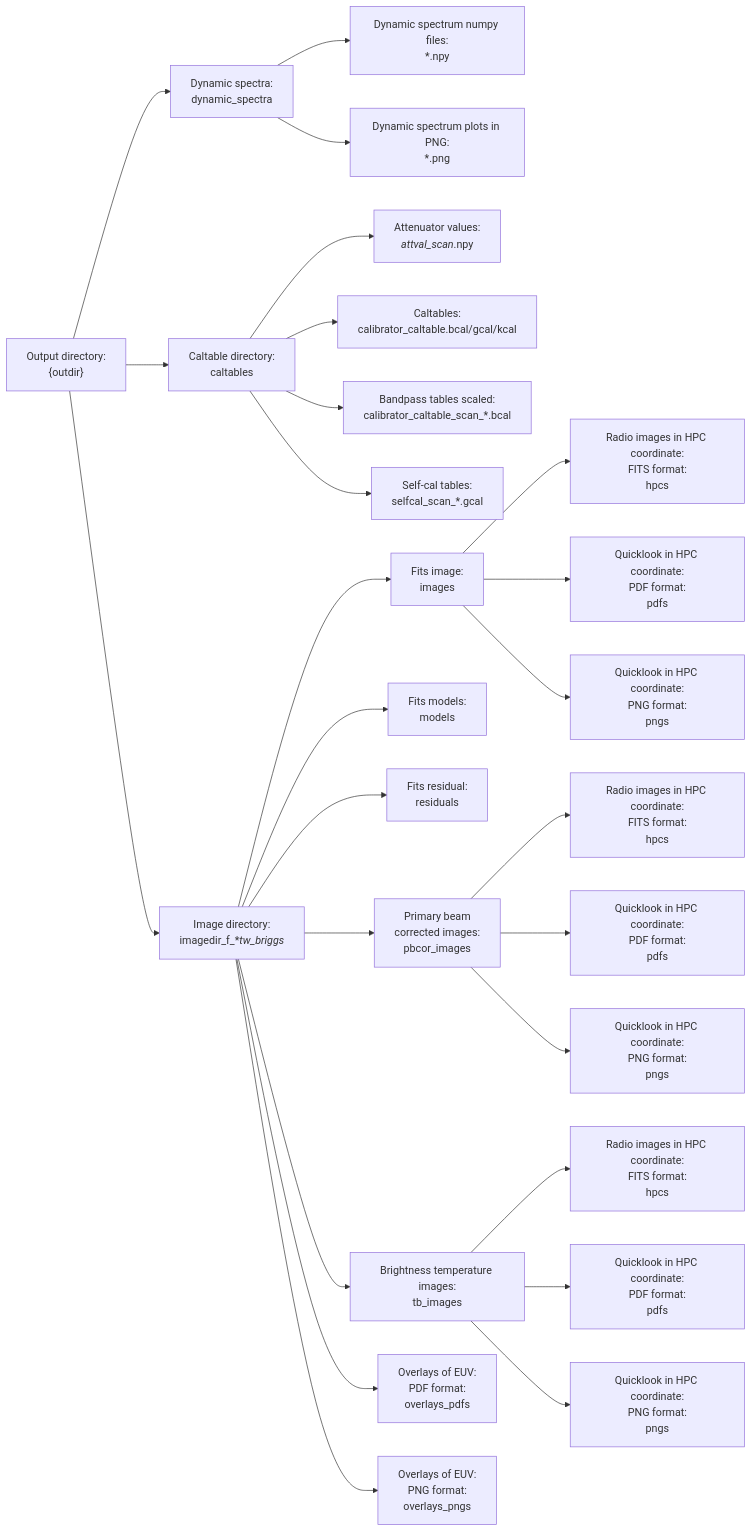
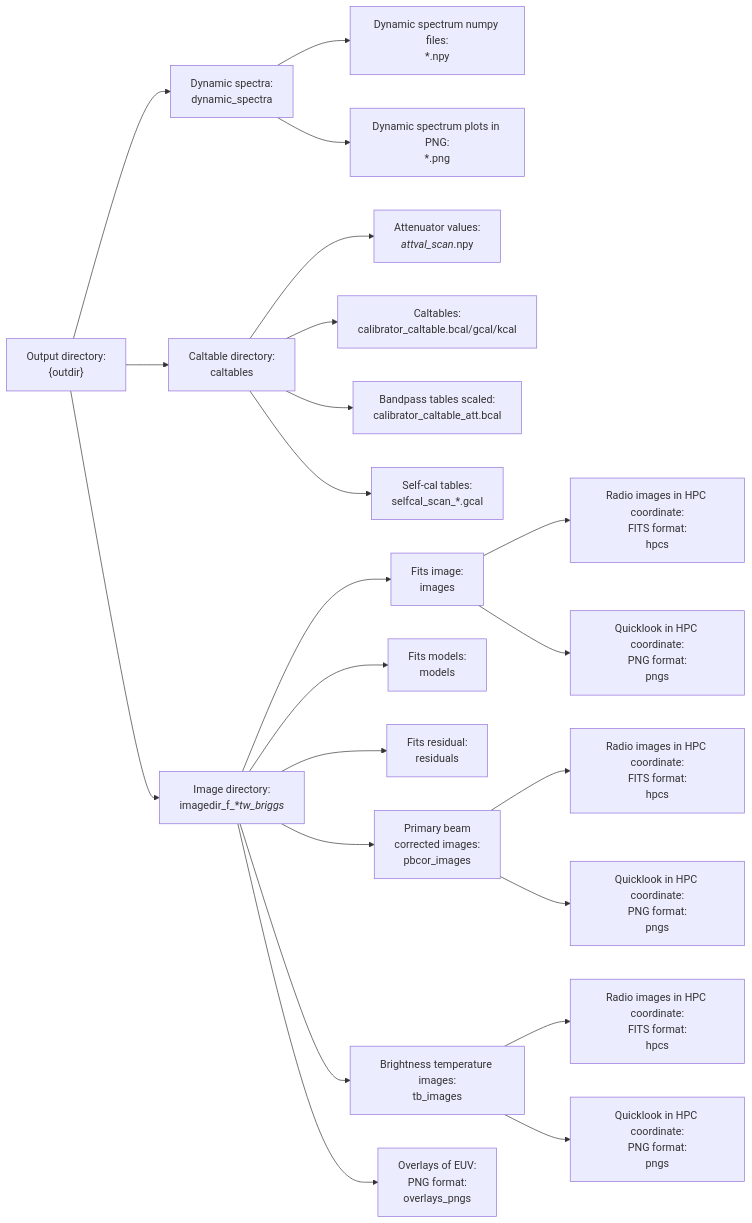
The second of 2 diagrams in docs/source/output.rst (devojyoti96/MeerSOLAR), drawn with Mermaid before and after one commit. The commit also changed other lines of this file and 20 other files, not shown here.

Commit message:
Updateing for graphvis

```diff
--- a/docs/source/output.rst
+++ b/docs/source/output.rst
@@ -48,28 +48,24 @@
    .. mermaid::
 
        graph LR
            WD["Output directory:<br>{outdir}"] --> CALTABLE["Caltable directory:<br>caltables"]
            WD --> DS["`Dynamic spectra:<br>dynamic_spectra`"]
            DS --> DSNPY["`Dynamic spectrum numpy files:<br>*.npy`"]
            DS --> DSPNG["`Dynamic spectrum plots in PNG:<br>*.png`"]
            WD --> IMG["`Image directory:<br>imagedir_f_*_t_*_w_briggs_*`"]
            CALTABLE --> ATT["`Attenuator values:<br>*_attval_scan_*.npy`"]
            CALTABLE --> CTBL["`Caltables:<br>calibrator_caltable.bcal/gcal/kcal`"]
-           CALTABLE --> BPTBL["`Bandpass tables scaled:<br>calibrator_caltable_scan_*.bcal`"]
+           CALTABLE --> BPATT["`Bandpass tables scaled:<br>calibrator_caltable_att.bcal`"]
            CALTABLE --> SCTBL["`Self-cal tables:<br>selfcal_scan_*.gcal`"]
            IMG --> IMAGE["Fits image:<br>images"]
            IMG --> MODEL["Fits models:<br>models"]
            IMG --> RES["Fits residual:<br>residuals"]
            IMG --> PBCOR["`Primary beam<br>corrected images:<br>pbcor_images`"]
            IMG --> TBIMG["`Brightness temperature images:<br>tb_images`"]
-           IMG --> OVRPDF["Overlays of EUV:<br>PDF format:<br>overlays_pdfs"]
            IMG --> OVRPNG["Overlays of EUV:<br>PNG format:<br>overlays_pngs"]
            IMAGE --> IMAGEHPC["Radio images in HPC coordinate:<br>FITS format:<br>hpcs"]
            PBCOR --> PBCORHPC["Radio images in HPC coordinate:<br>FITS format:<br>hpcs"]
            TBIMG --> TBIMGHPC["Radio images in HPC coordinate:<br>FITS format:<br>hpcs"]
-           IMAGE --> IMAGEPDF["Quicklook in HPC coordinate:<br>PDF format:<br>pdfs"]
            IMAGE --> IMAGEPNG["Quicklook in HPC coordinate:<br>PNG format:<br>pngs"]
-           PBCOR --> PBCORPDF["Quicklook in HPC coordinate:<br>PDF format:<br>pdfs"]
            PBCOR --> PBCORPNG["Quicklook in HPC coordinate:<br>PNG format:<br>pngs"]
-           TBIMG --> TBIMGPDF["Quicklook in HPC coordinate:<br>PDF format:<br>pdfs"]
            TBIMG --> TBIMGPNG["Quicklook in HPC coordinate:<br>PNG format:<br>pngs"]
```
